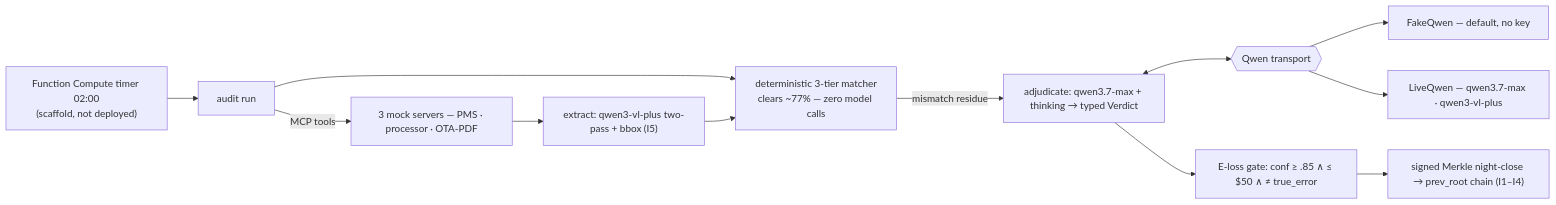
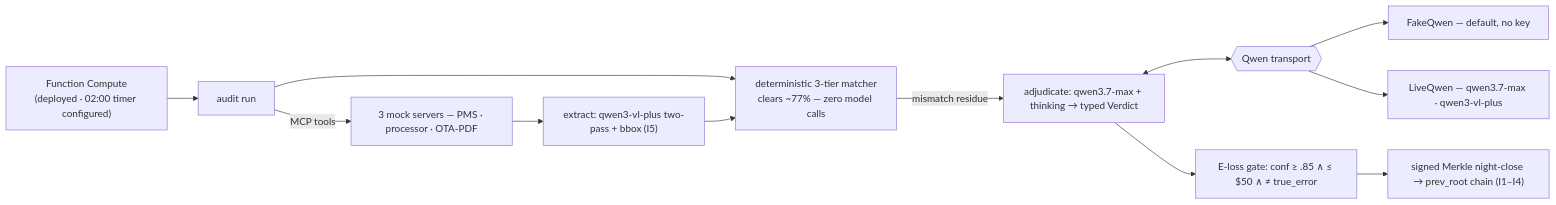
One commit to edycutjong/innkeeper changed the diagram in README.md. Above: the diagram before and after it, drawn with Mermaid. The commit also changed other lines of this file and 3 other files, not shown here.

First line of the commit message:
docs(deploy): surface live Alibaba Function Compute URL across README + site

````diff
--- a/README.md
+++ b/README.md
@@ -106,14 +132,14 @@
 ```mermaid
 flowchart LR
-  TMR["Function Compute timer 02:00<br/>(scaffold, not deployed)"] --> RUN["audit run"]
+  TMR["Function Compute<br/>(deployed · 02:00 timer configured)"] --> RUN["audit run"]
   RUN -->|"MCP tools"| M["3 mock servers — PMS · processor · OTA-PDF"]
   M --> EX["extract: qwen3-vl-plus two-pass + bbox (I5)"]
   RUN --> MT["deterministic 3-tier matcher<br/>clears ~77% — zero model calls"]
   EX --> MT
   MT -->|"mismatch residue"| ADJ["adjudicate: qwen3.7-max + thinking → typed Verdict"]
   ADJ <--> T{{"Qwen transport"}}
   T --> FQ["FakeQwen — default, no key"]
   T --> LQ["LiveQwen — qwen3.7-max · qwen3-vl-plus"]
   ADJ --> G["E-loss gate: conf ≥ .85 ∧ ≤ $50 ∧ ≠ true_error"]
   G --> CL["signed Merkle night-close → prev_root chain (I1–I4)"]
 ```
````
